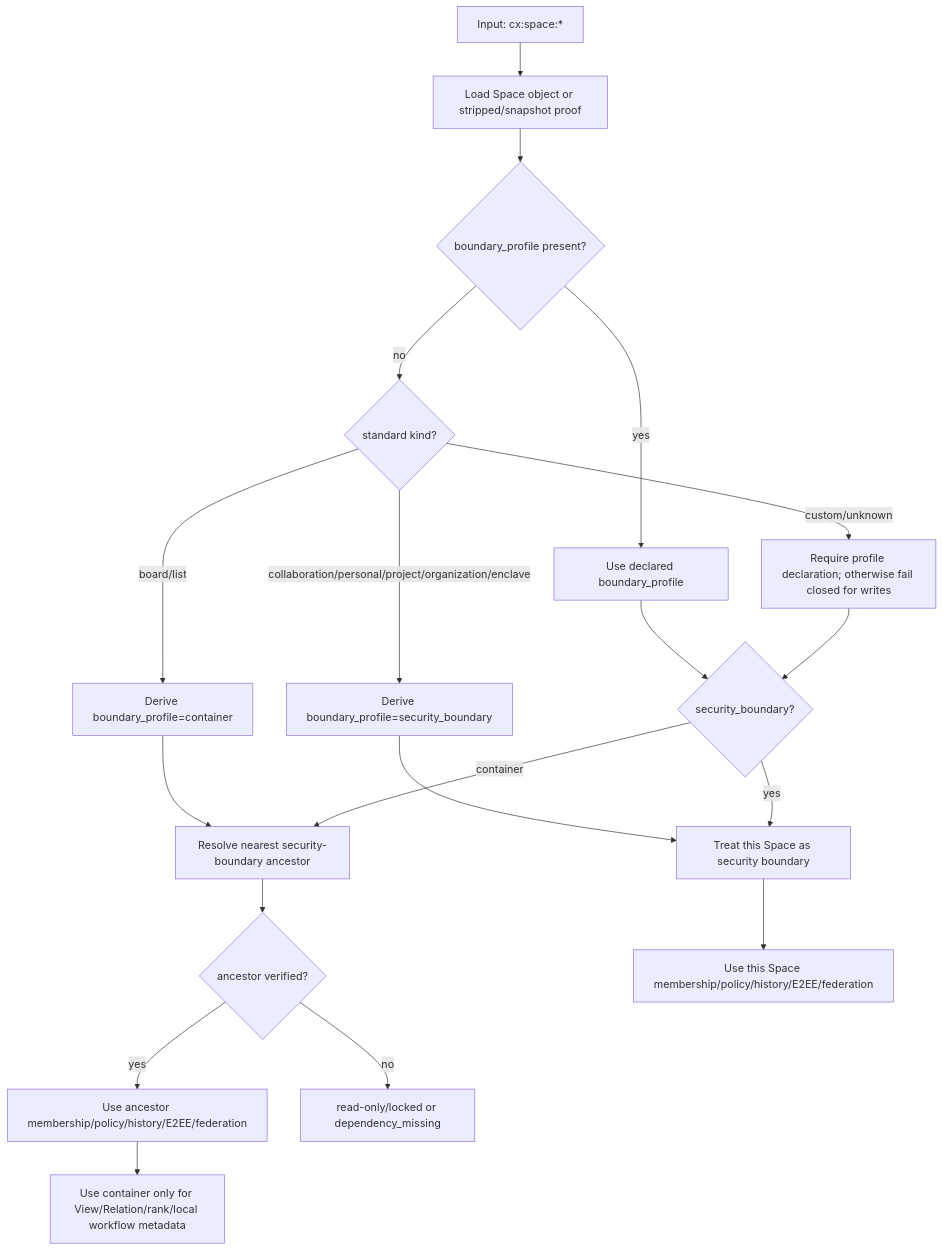
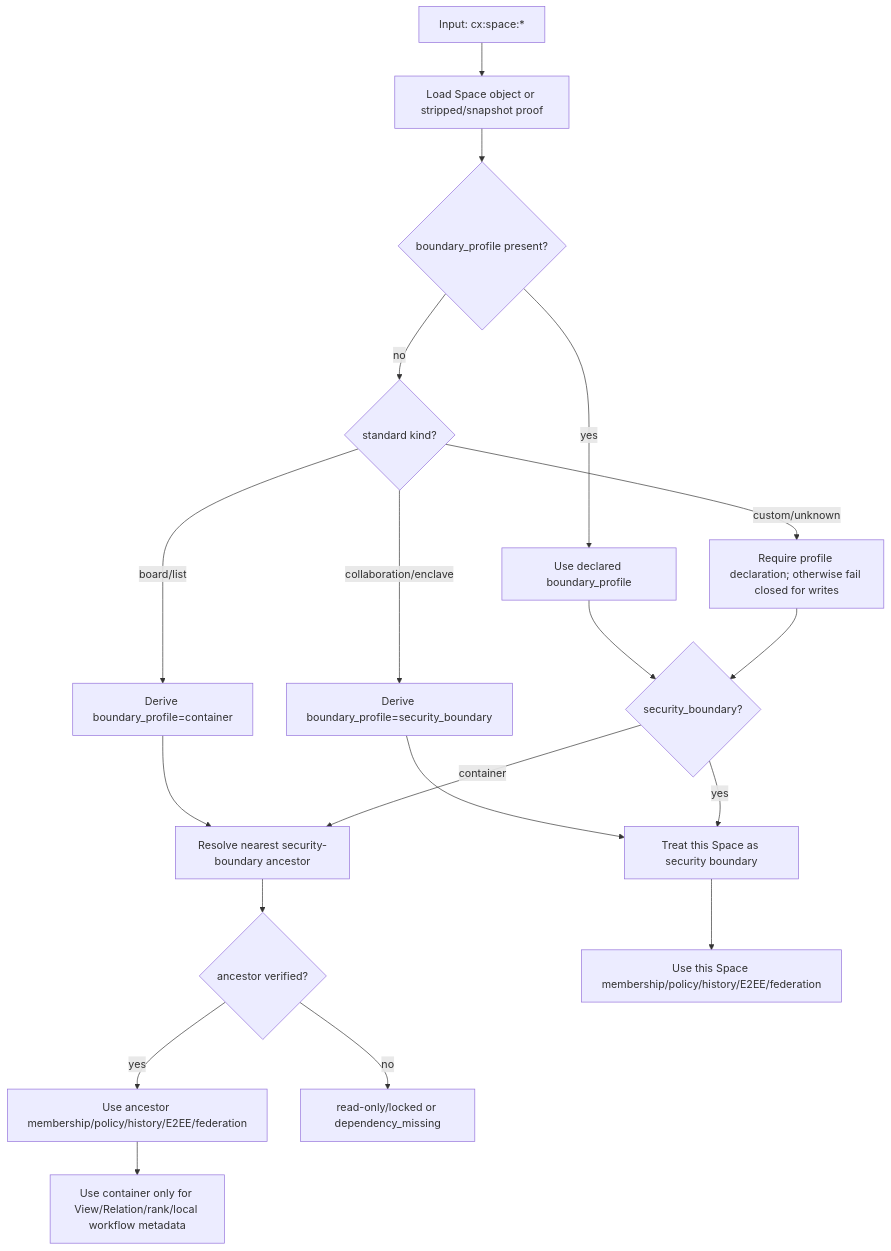
Before and after one commit to arkret-org/arkret-spec: the diagram in zh/models/data-structures.md, drawn with Mermaid. The commit also changed other lines of this file and 32 other files, not shown here.

````diff
--- a/zh/models/data-structures.md
+++ b/zh/models/data-structures.md
@@ -107,21 +106,21 @@
 ```mermaid
 flowchart TD
     A["Input: cx:space:*"] --> B["Load Space object or stripped/snapshot proof"]
     B --> C{"boundary_profile present?"}
     C -->|yes| D["Use declared boundary_profile"]
     C -->|no| E{"standard kind?"}
     E -->|"board/list"| F["Derive boundary_profile=container"]
-    E -->|"collaboration/personal/project/organization/enclave"| G["Derive boundary_profile=security_boundary"]
+    E -->|"collaboration/enclave"| G["Derive boundary_profile=security_boundary"]
     E -->|"custom/unknown"| H["Require profile declaration; otherwise fail closed for writes"]
     D --> I{"security_boundary?"}
     F --> J["Resolve nearest security-boundary ancestor"]
     G --> K["Treat this Space as security boundary"]
     H --> I
     I -->|yes| K
     I -->|container| J
     J --> L{"ancestor verified?"}
     L -->|yes| M["Use ancestor membership/policy/history/E2EE/federation"]
     L -->|no| N["read-only/locked or dependency_missing"]
     K --> O["Use this Space membership/policy/history/E2EE/federation"]
     M --> P["Use container only for View/Relation/rank/local workflow metadata"]
 ```
````
